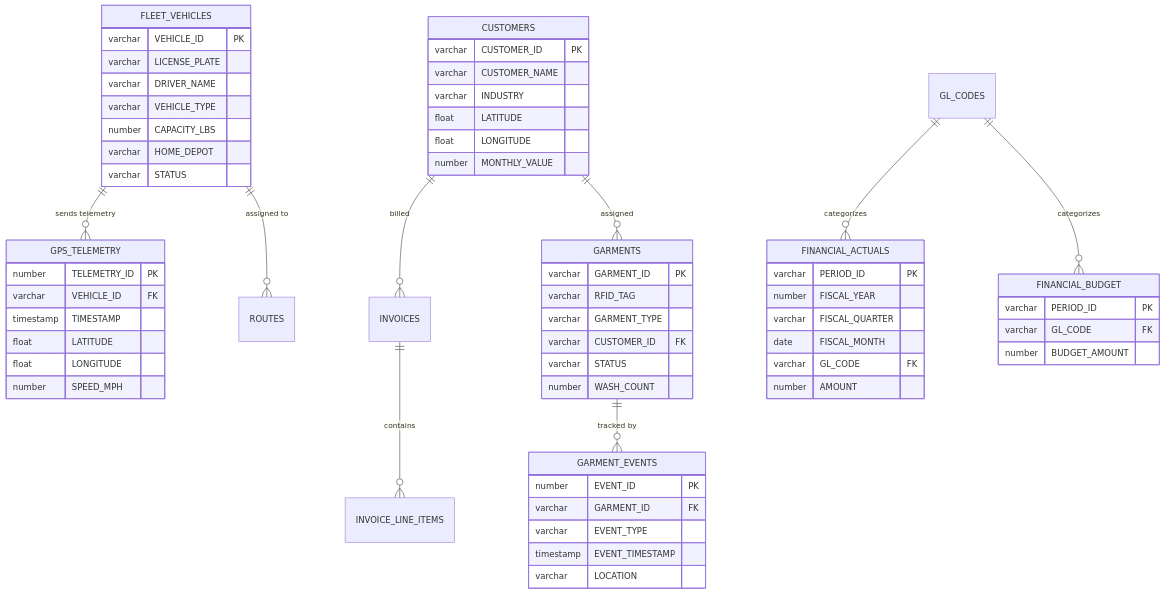
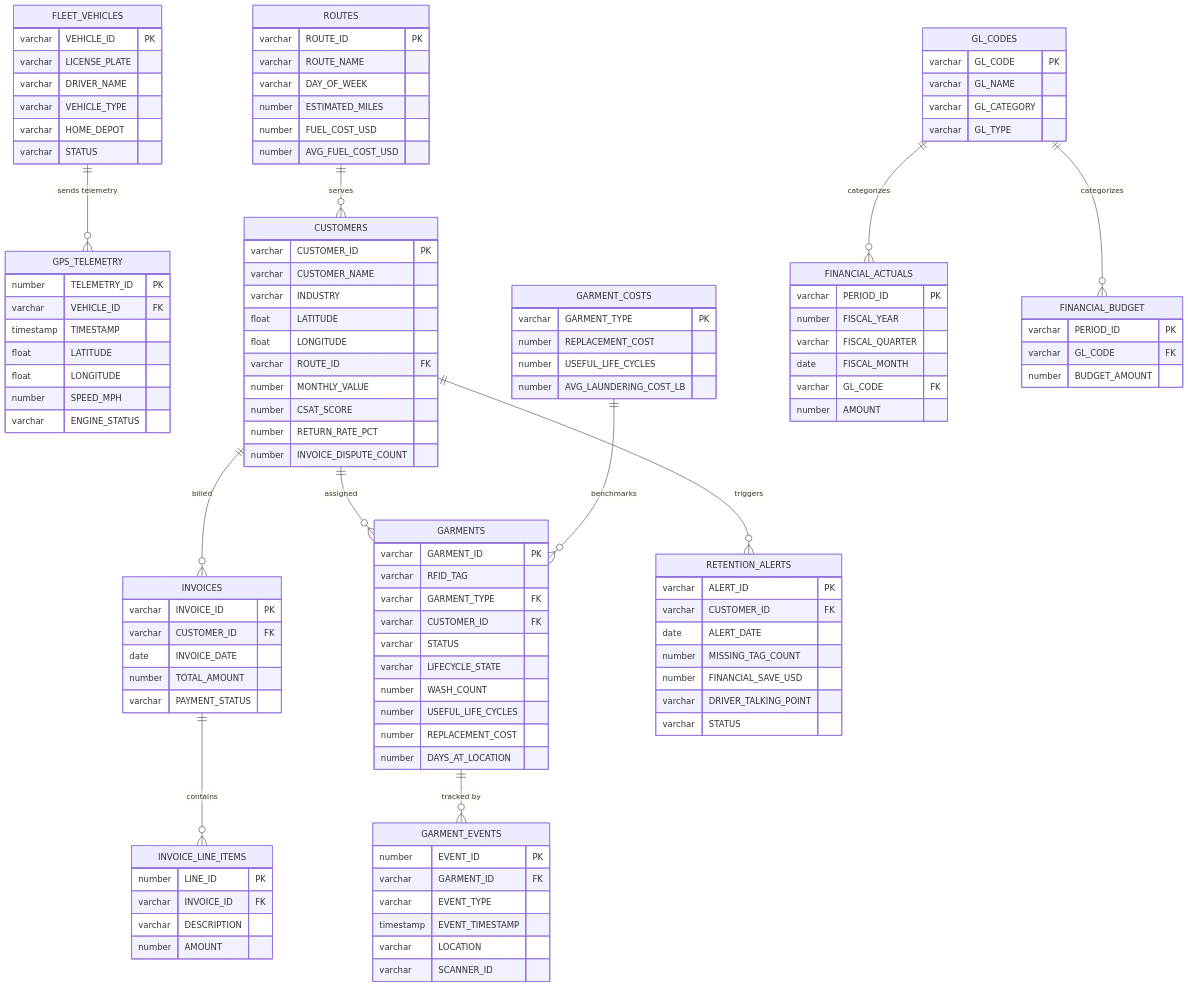
One commit to sfc-gh-miwhitaker/sfe-public changed the diagram in demo-iot-lifecycle/diagrams/data-model.md. Above: the diagram before and after it, drawn with Mermaid. The commit also changed other lines of this file and 4 other files, not shown here.

Commit message:
docs: update architecture docs to reflect SPCS migration and expanded data model

````diff
--- a/demo-iot-lifecycle/diagrams/data-model.md
+++ b/demo-iot-lifecycle/diagrams/data-model.md
@@ -3,10 +17,12 @@
 ```mermaid
 erDiagram
     FLEET_VEHICLES ||--o{ GPS_TELEMETRY : "sends telemetry"
-    FLEET_VEHICLES ||--o{ ROUTES : "assigned to"
+    ROUTES ||--o{ CUSTOMERS : "serves"
     CUSTOMERS ||--o{ INVOICES : "billed"
     CUSTOMERS ||--o{ GARMENTS : "assigned"
+    CUSTOMERS ||--o{ RETENTION_ALERTS : "triggers"
     GARMENTS ||--o{ GARMENT_EVENTS : "tracked by"
+    GARMENT_COSTS ||--o{ GARMENTS : "benchmarks"
     INVOICES ||--o{ INVOICE_LINE_ITEMS : "contains"
     GL_CODES ||--o{ FINANCIAL_ACTUALS : "categorizes"
     GL_CODES ||--o{ FINANCIAL_BUDGET : "categorizes"
@@ -16,18 +32,8 @@
         varchar LICENSE_PLATE
         varchar DRIVER_NAME
         varchar VEHICLE_TYPE
-        number CAPACITY_LBS
         varchar HOME_DEPOT
         varchar STATUS
-    }
-
-    CUSTOMERS {
-        varchar CUSTOMER_ID PK
-        varchar CUSTOMER_NAME
-        varchar INDUSTRY
-        float LATITUDE
-        float LONGITUDE
-        number MONTHLY_VALUE
     }
 
     GPS_TELEMETRY {
@@ -37,15 +43,42 @@
         float LATITUDE
         float LONGITUDE
         number SPEED_MPH
+        varchar ENGINE_STATUS
+    }
+
+    ROUTES {
+        varchar ROUTE_ID PK
+        varchar ROUTE_NAME
+        varchar DAY_OF_WEEK
+        number ESTIMATED_MILES
+        number FUEL_COST_USD
+        number AVG_FUEL_COST_USD
+    }
+
+    CUSTOMERS {
+        varchar CUSTOMER_ID PK
+        varchar CUSTOMER_NAME
+        varchar INDUSTRY
+        float LATITUDE
+        float LONGITUDE
+        varchar ROUTE_ID FK
+        number MONTHLY_VALUE
+        number CSAT_SCORE
+        number RETURN_RATE_PCT
+        number INVOICE_DISPUTE_COUNT
     }
 
     GARMENTS {
         varchar GARMENT_ID PK
         varchar RFID_TAG
-        varchar GARMENT_TYPE
+        varchar GARMENT_TYPE FK
         varchar CUSTOMER_ID FK
         varchar STATUS
+        varchar LIFECYCLE_STATE
         number WASH_COUNT
+        number USEFUL_LIFE_CYCLES
+        number REPLACEMENT_COST
+        number DAYS_AT_LOCATION
     }
 
     GARMENT_EVENTS {
@@ -54,6 +87,46 @@
         varchar EVENT_TYPE
         timestamp EVENT_TIMESTAMP
         varchar LOCATION
+        varchar SCANNER_ID
+    }
+
+    GARMENT_COSTS {
+        varchar GARMENT_TYPE PK
+        number REPLACEMENT_COST
+        number USEFUL_LIFE_CYCLES
+        number AVG_LAUNDERING_COST_LB
+    }
+
+    RETENTION_ALERTS {
+        varchar ALERT_ID PK
+        varchar CUSTOMER_ID FK
+        date ALERT_DATE
+        number MISSING_TAG_COUNT
+        number FINANCIAL_SAVE_USD
+        varchar DRIVER_TALKING_POINT
+        varchar STATUS
+    }
+
+    INVOICES {
+        varchar INVOICE_ID PK
+        varchar CUSTOMER_ID FK
+        date INVOICE_DATE
+        number TOTAL_AMOUNT
+        varchar PAYMENT_STATUS
+    }
+
+    INVOICE_LINE_ITEMS {
+        number LINE_ID PK
+        varchar INVOICE_ID FK
+        varchar DESCRIPTION
+        number AMOUNT
+    }
+
+    GL_CODES {
+        varchar GL_CODE PK
+        varchar GL_NAME
+        varchar GL_CATEGORY
+        varchar GL_TYPE
     }
 
     FINANCIAL_ACTUALS {
````
